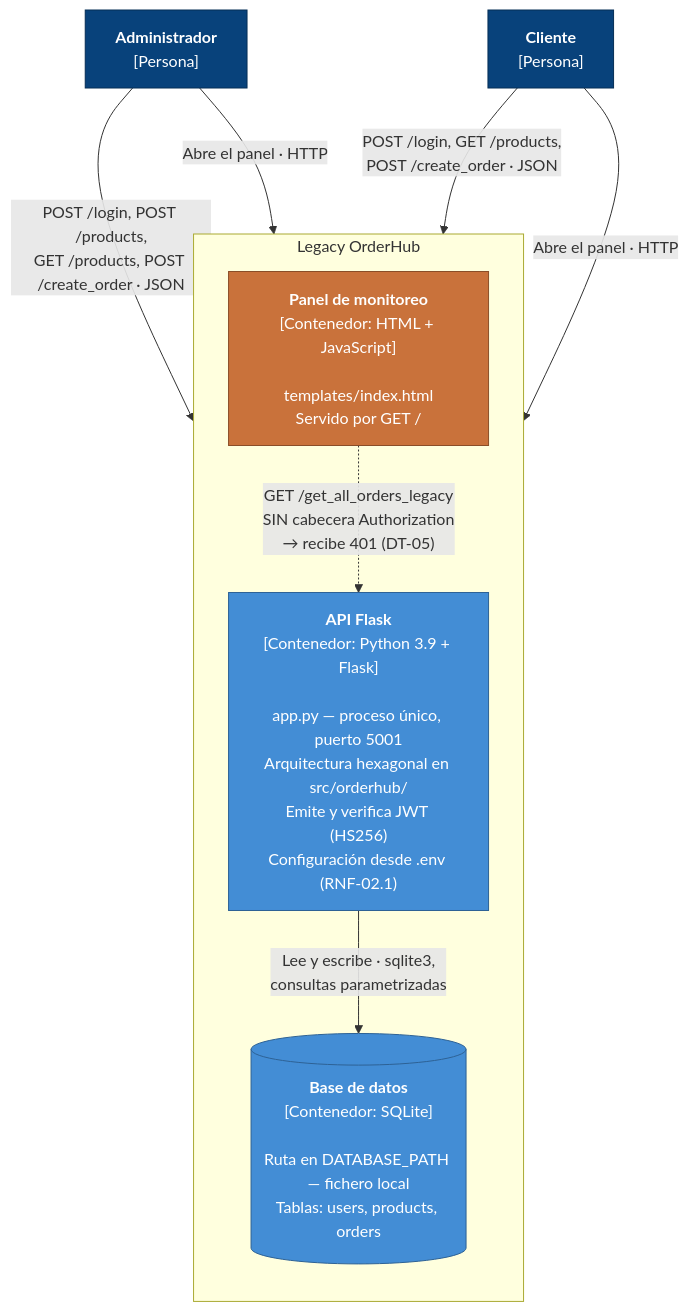
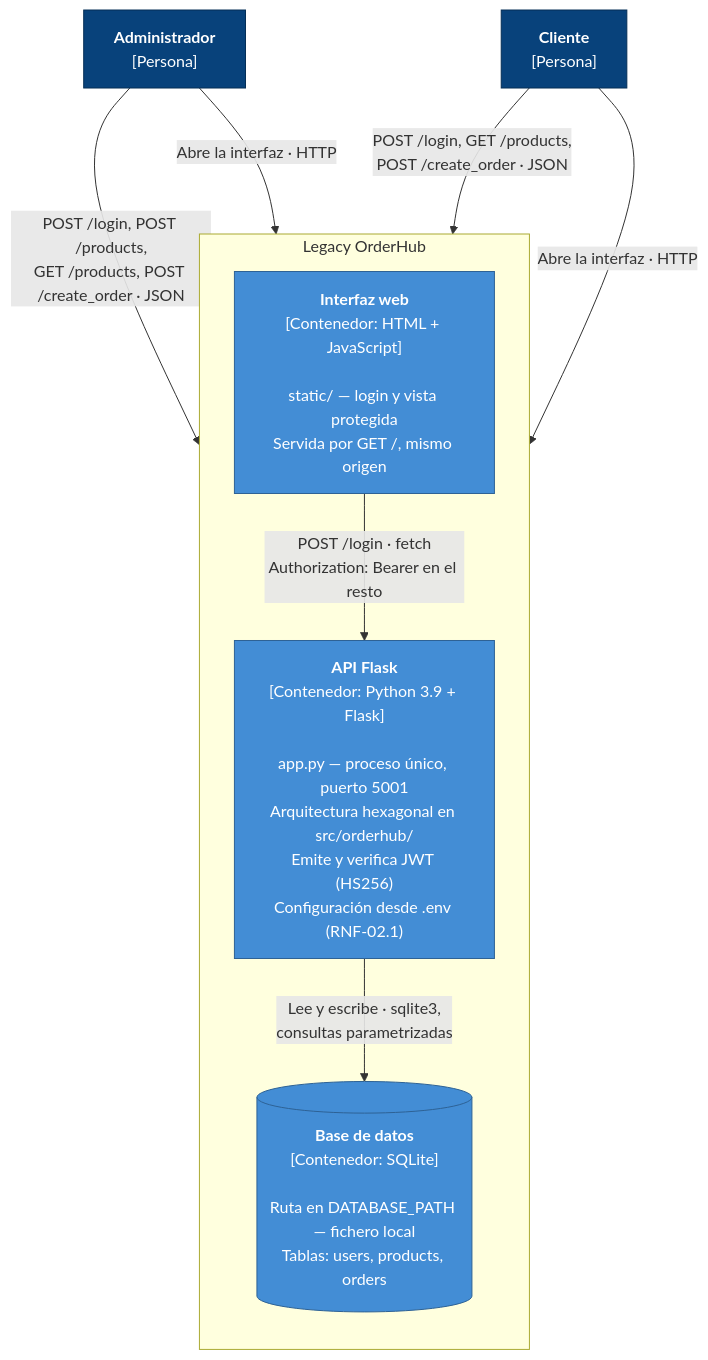
The second of 6 diagrams in docs/ARCHITECTURE.md (juancardonaie/legacy-order-hub), drawn with Mermaid before and after one commit. The commit also changed other lines of this file and 16 other files, not shown here.

````diff
--- a/docs/ARCHITECTURE.md
+++ b/docs/ARCHITECTURE.md
@@ -237,30 +239,30 @@
 ```mermaid
 flowchart TB
     admin["<b>Administrador</b><br/>[Persona]"]
     cliente["<b>Cliente</b><br/>[Persona]"]
 
     subgraph sistema ["Legacy OrderHub"]
         direction TB
-        panel["<b>Panel de monitoreo</b><br/>[Contenedor: HTML + JavaScript]<br/><br/>templates/index.html<br/>Servido por GET /"]
+        panel["<b>Interfaz web</b><br/>[Contenedor: HTML + JavaScript]<br/><br/>static/ — login y vista protegida<br/>Servida por GET /, mismo origen"]
         api["<b>API Flask</b><br/>[Contenedor: Python 3.9 + Flask]<br/><br/>app.py — proceso único, puerto 5001<br/>Arquitectura hexagonal en src/orderhub/<br/>Emite y verifica JWT (HS256)<br/>Configuración desde .env (RNF-02.1)"]
         db[("<b>Base de datos</b><br/>[Contenedor: SQLite]<br/><br/>Ruta en DATABASE_PATH — fichero local<br/>Tablas: users, products, orders")]
     end
 
     admin -->|"POST /login, POST /products,<br/>GET /products, POST /create_order · JSON"| api
     cliente -->|"POST /login, GET /products,<br/>POST /create_order · JSON"| api
-    admin -->|"Abre el panel · HTTP"| panel
-    cliente -->|"Abre el panel · HTTP"| panel
+    admin -->|"Abre la interfaz · HTTP"| panel
+    cliente -->|"Abre la interfaz · HTTP"| panel
 
-    panel -.->|"GET /get_all_orders_legacy<br/>SIN cabecera Authorization<br/>→ recibe 401 (DT-05)"| api
+    panel -->|"POST /login · fetch<br/>Authorization: Bearer en el resto"| api
     api -->|"Lee y escribe · sqlite3,<br/>consultas parametrizadas"| db
 
     classDef persona fill:#08427b,stroke:#052e56,color:#ffffff
     classDef contenedor fill:#438dd5,stroke:#2e6295,color:#ffffff
     classDef almacen fill:#438dd5,stroke:#2e6295,color:#ffffff
     classDef roto fill:#c9723b,stroke:#8a4e28,color:#ffffff
 
     class admin,cliente persona
     class api contenedor
     class db almacen
-    class panel roto
+    class panel contenedor
 ```
````
